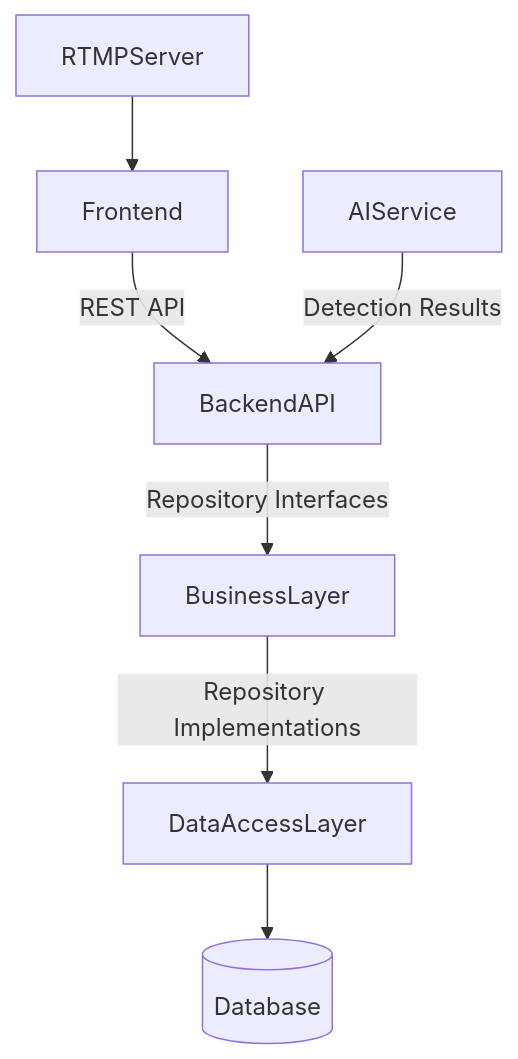
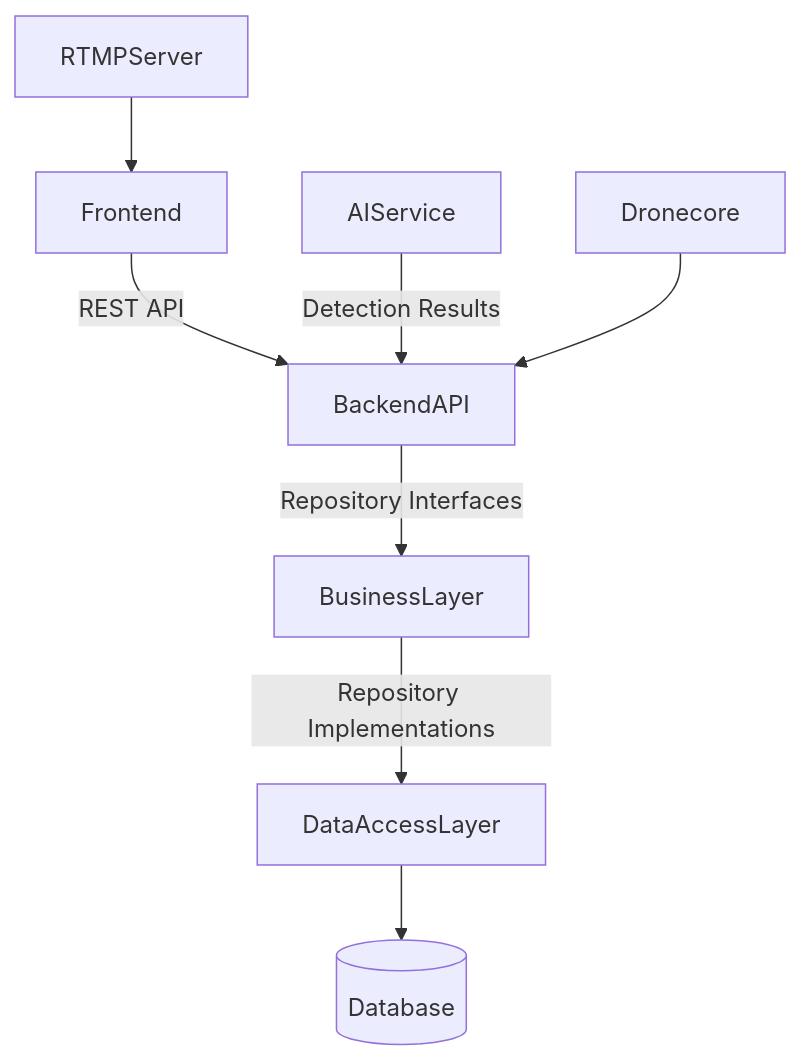
Before and after one commit to BuloZB/BuloCloudSentinel: the diagram in DOCUMENTATION.md, drawn with Mermaid. The commit also changed other lines of this file, not shown here.

Commit message:
Update documentation with dronecore module details and recent changes

````diff
--- a/DOCUMENTATION.md
+++ b/DOCUMENTATION.md
@@ -33,9 +35,10 @@
 ```mermaid
 graph TD
   Frontend -->|REST API| BackendAPI
   BackendAPI -->|Repository Interfaces| BusinessLayer
   BusinessLayer -->|Repository Implementations| DataAccessLayer
   DataAccessLayer --> Database[(Database)]
   AIService -->|Detection Results| BackendAPI
   RTMPServer --> Frontend
+  Dronecore --> BackendAPI
 ```
````
